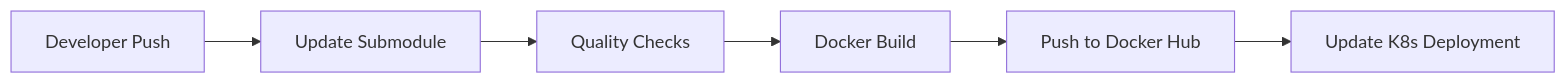
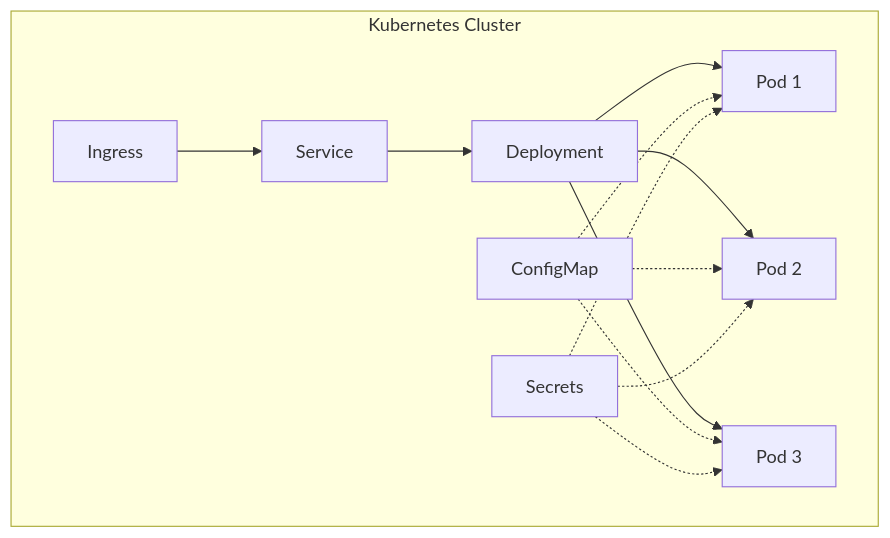
Before and after one commit to DanorSODA/Devops-Course-Final-Project: the third of 5 diagrams in README.md, drawn with Mermaid. The commit also changed other lines of this file, not shown here.

Commit message:
update the readme with the flow reorder

````diff
--- a/README.md
+++ b/README.md
@@ -48,8 +79,18 @@
 ```mermaid
-graph LR
-    A[Developer Push] --> B[Update Submodule]
-    B --> C[Quality Checks]
-    C --> D[Docker Build]
-    D --> E[Push to Docker Hub]
-    E --> F[Update K8s Deployment]
+graph TD
+    subgraph "Kubernetes Cluster"
+        A[Ingress] --> B[Service]
+        B --> C[Deployment]
+        C --> D[Pod 1]
+        C --> E[Pod 2]
+        C --> F[Pod 3]
+
+        G[ConfigMap] -.-> D
+        G -.-> E
+        G -.-> F
+
+        H[Secrets] -.-> D
+        H -.-> E
+        H -.-> F
+    end
 ```
````
